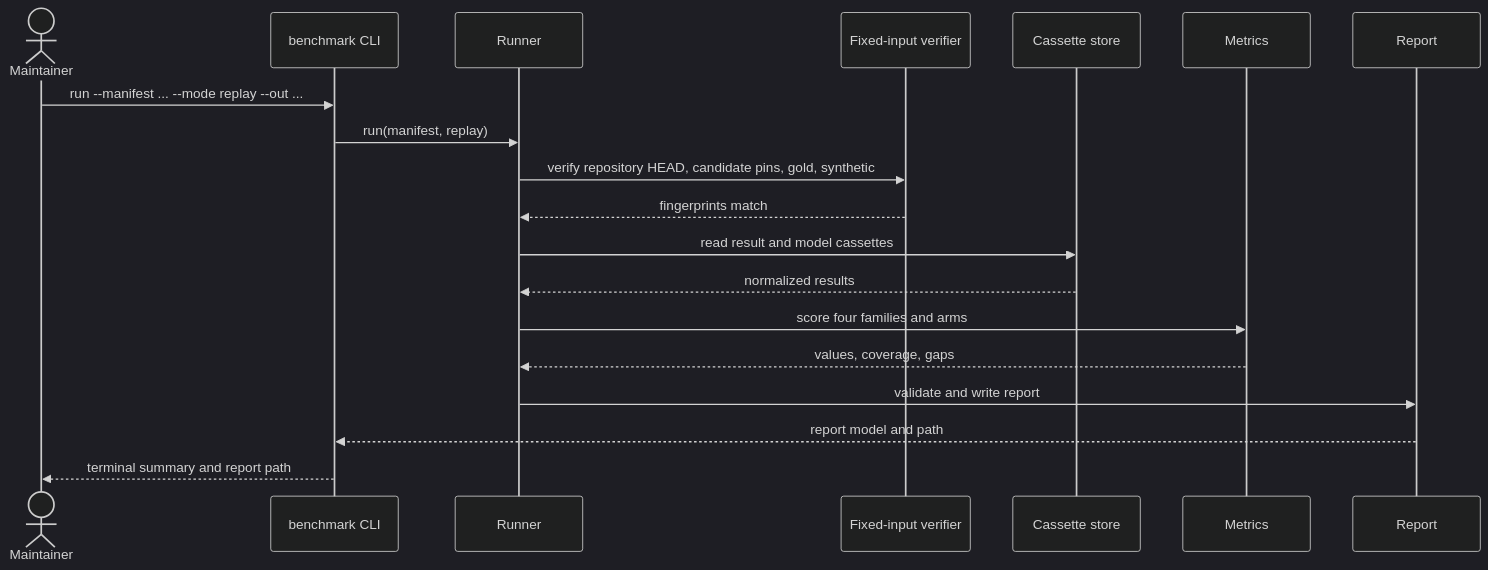
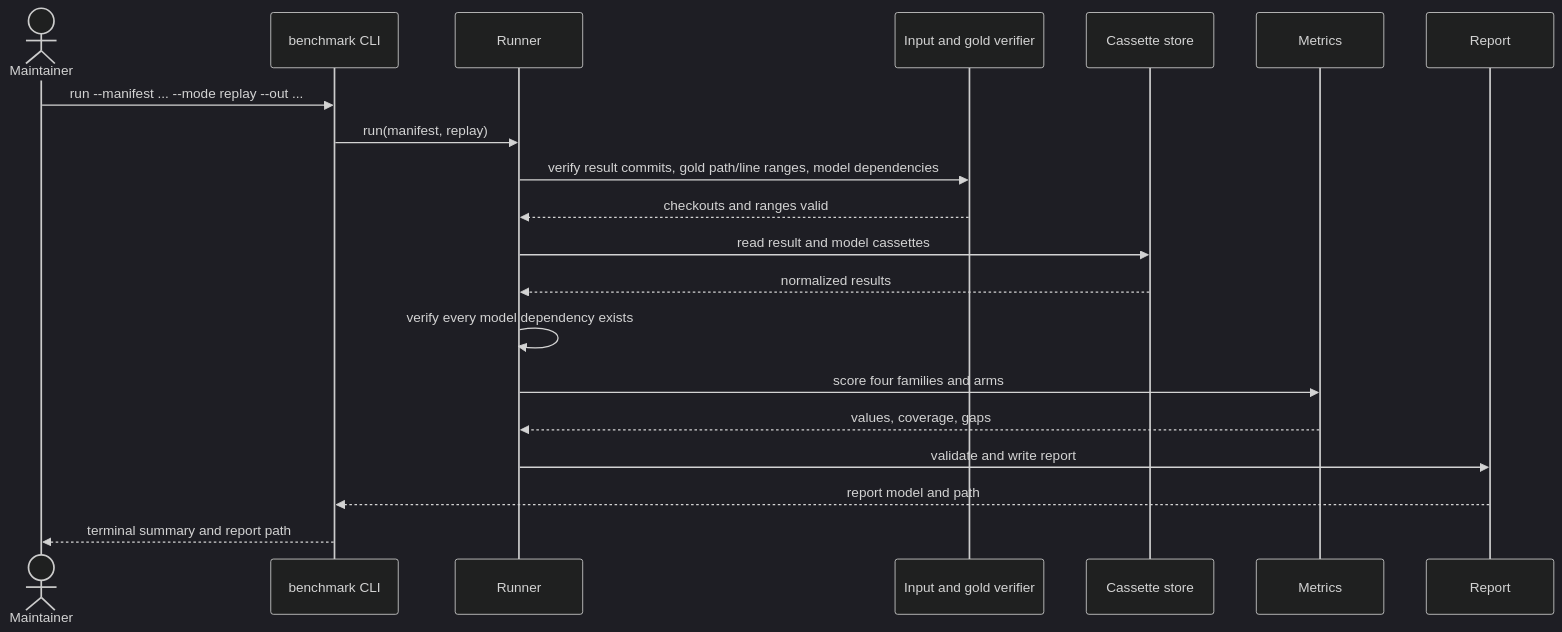
The first of 4 diagrams in docs/arc42/06-runtime-view.md (kressnerd/ortsinn), drawn with Mermaid (dark theme) before and after one commit. The commit also changed other lines of this file and 29 other files, not shown here.

````diff
--- a/docs/arc42/06-runtime-view.md
+++ b/docs/arc42/06-runtime-view.md
@@ -7,21 +7,22 @@
 ```mermaid
 sequenceDiagram
     actor M as Maintainer
     participant CLI as benchmark CLI
     participant R as Runner
-    participant V as Fixed-input verifier
+    participant V as Input and gold verifier
     participant S as Cassette store
     participant MET as Metrics
     participant REP as Report
     M->>CLI: run --manifest ... --mode replay --out ...
     CLI->>R: run(manifest, replay)
-    R->>V: verify repository HEAD, candidate pins, gold, synthetic
-    V-->>R: fingerprints match
+    R->>V: verify result commits, gold path/line ranges, model dependencies
+    V-->>R: checkouts and ranges valid
     R->>S: read result and model cassettes
     S-->>R: normalized results
+    R->>R: verify every model dependency exists
     R->>MET: score four families and arms
     MET-->>R: values, coverage, gaps
     R->>REP: validate and write report
     REP-->>CLI: report model and path
     CLI-->>M: terminal summary and report path
 ```
````
